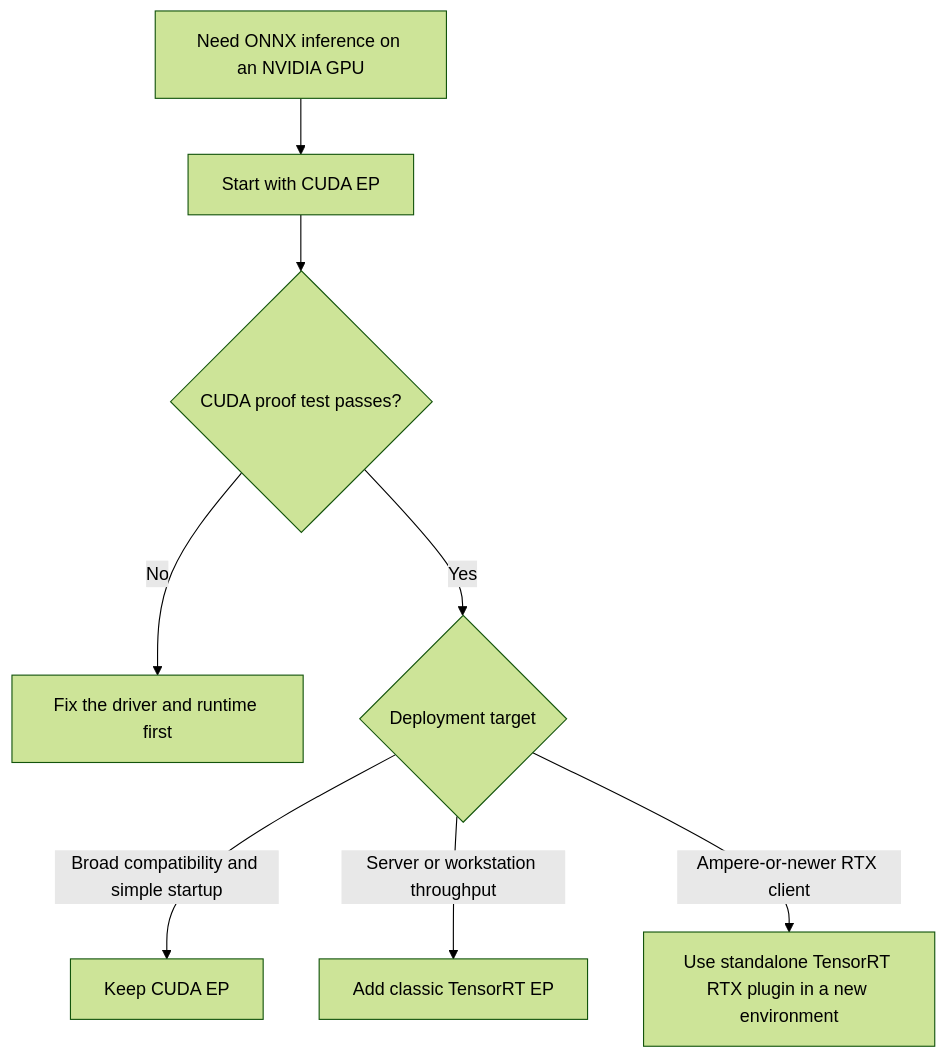
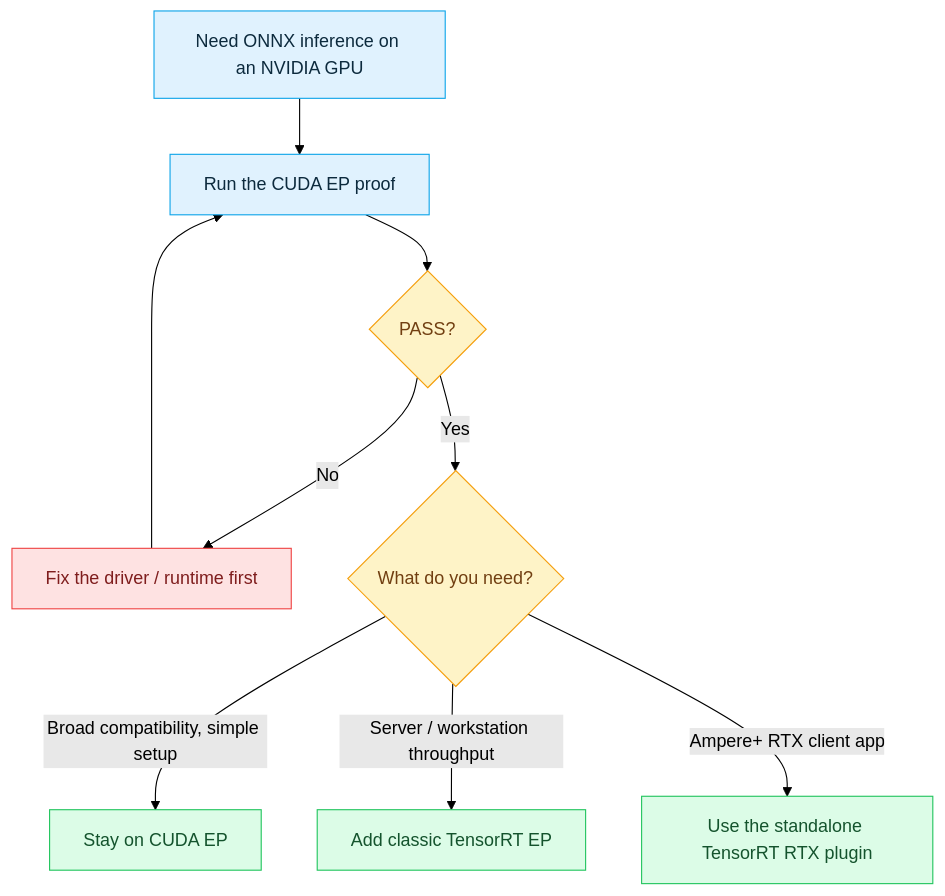
One commit to DakeQQ/Tutorial-ONNX-Runtime-Execution-Providers changed the second of 6 diagrams in NVIDIA/README.md. Above: the diagram before and after it, drawn with Mermaid (forest theme). The commit also changed other lines of this file and 15 other files, not shown here.

````diff
--- a/NVIDIA/README.md
+++ b/NVIDIA/README.md
@@ -31,10 +81,20 @@
 ```mermaid
 flowchart TD
-	A[Need ONNX inference on an NVIDIA GPU] --> B[Start with CUDA EP]
-	B --> C{CUDA proof test passes?}
-	C -- No --> D[Fix the driver and runtime first]
-	C -- Yes --> E{Deployment target}
-	E -->|Broad compatibility and simple startup| F[Keep CUDA EP]
-	E -->|Server or workstation throughput| G[Add classic TensorRT EP]
-	E -->|Ampere-or-newer RTX client| H[Use standalone TensorRT RTX plugin in a new environment]
+    A["Need ONNX inference on an NVIDIA GPU"] --> B["Run the CUDA EP proof"]
+    B --> C{"PASS?"}
+    C -- No --> D["Fix the driver / runtime first"]
+    D --> B
+    C -- Yes --> E{"What do you need?"}
+    E -->|Broad compatibility, simple setup| F["Stay on CUDA EP"]
+    E -->|Server / workstation throughput| G["Add classic TensorRT EP"]
+    E -->|Ampere+ RTX client app| H["Use the standalone TensorRT RTX plugin"]
+
+    classDef step fill:#e0f2fe,stroke:#0ea5e9,color:#0c2a3d;
+    classDef dec fill:#fef3c7,stroke:#f59e0b,color:#713f12;
+    classDef good fill:#dcfce7,stroke:#22c55e,color:#14532d;
+    classDef bad fill:#fee2e2,stroke:#ef4444,color:#7f1d1d;
+    class A,B step;
+    class C,E dec;
+    class F,G,H good;
+    class D bad;
 ```
````
